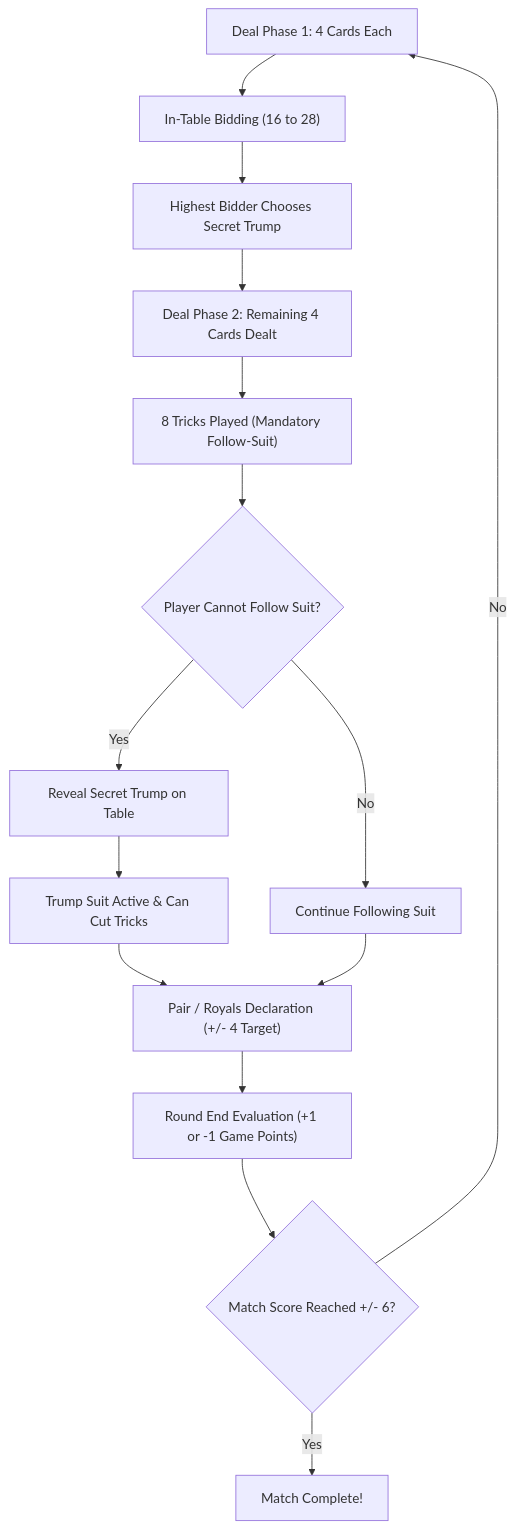
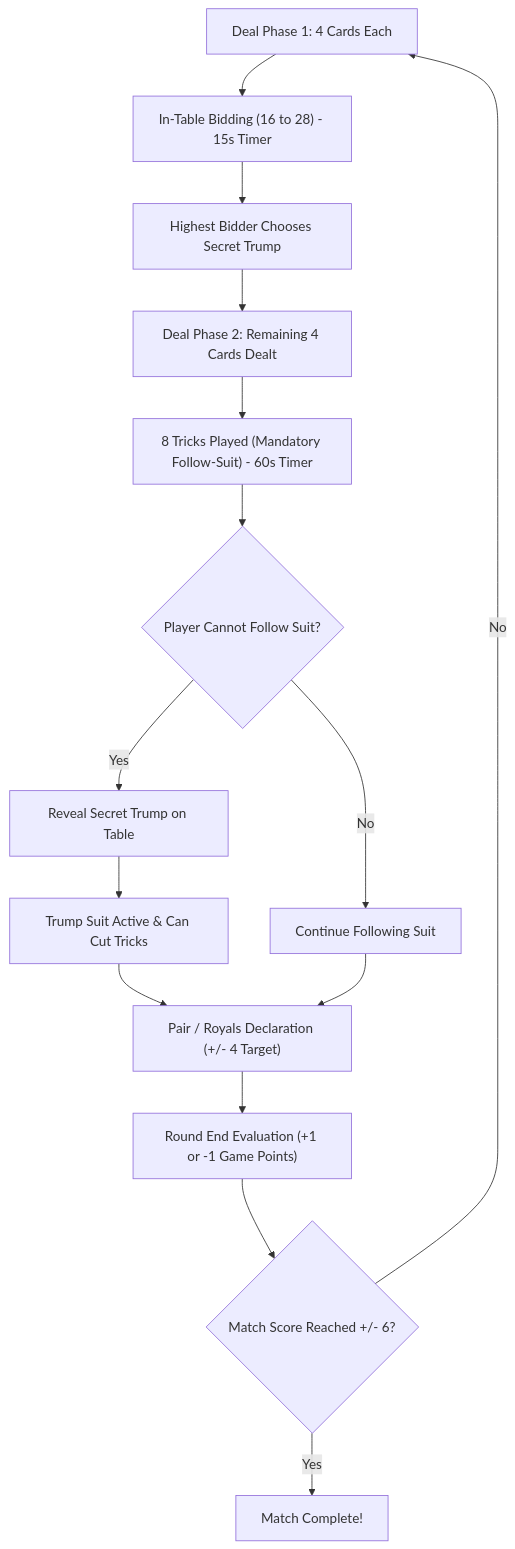
One commit to K-692/The-29-Game changed the diagram in README.md. Above: the diagram before and after it, drawn with Mermaid. The commit also changed other lines of this file and 27 other files, not shown here.

````diff
--- a/README.md
+++ b/README.md
@@ -88,17 +103,17 @@
 ```mermaid
 flowchart TD
-    A["Deal Phase 1: 4 Cards Each"] --> B["In-Table Bidding (16 to 28)"]
+    A["Deal Phase 1: 4 Cards Each"] --> B["In-Table Bidding (16 to 28) - 15s Timer"]
     B --> C["Highest Bidder Chooses Secret Trump"]
     C --> D["Deal Phase 2: Remaining 4 Cards Dealt"]
-    D --> E["8 Tricks Played (Mandatory Follow-Suit)"]
+    D --> E["8 Tricks Played (Mandatory Follow-Suit) - 60s Timer"]
     E --> F{"Player Cannot Follow Suit?"}
     F -- "Yes" --> G["Reveal Secret Trump on Table"]
     G --> H["Trump Suit Active & Can Cut Tricks"]
     F -- "No" --> I["Continue Following Suit"]
     H --> J["Pair / Royals Declaration (+/- 4 Target)"]
     I --> J
     J --> K["Round End Evaluation (+1 or -1 Game Points)"]
     K --> L{"Match Score Reached +/- 6?"}
     L -- "No" --> A
     L -- "Yes" --> M["Match Complete!"]
 ```
````
